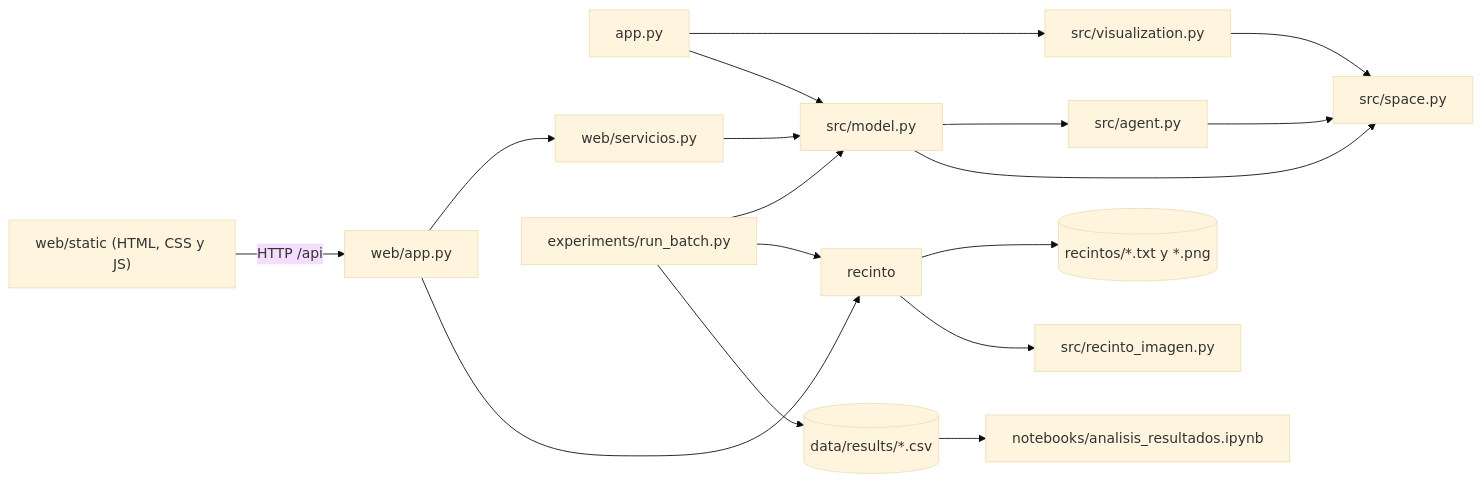
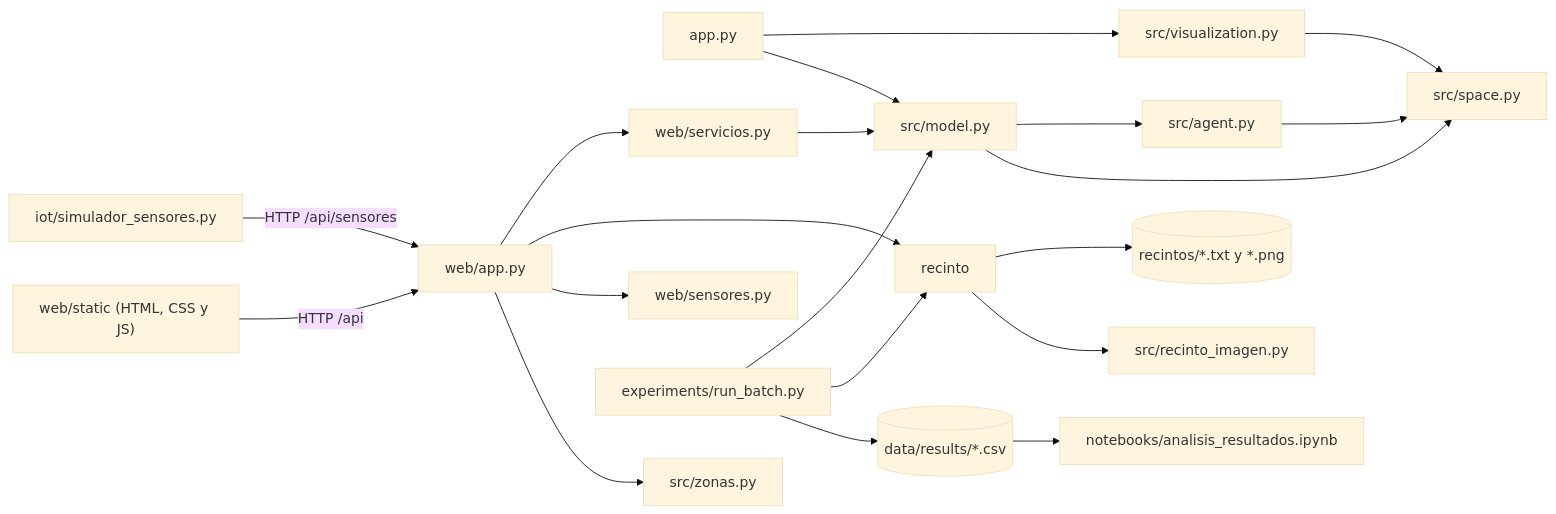
Before and after one commit to moragentil/aglomera: the first of 4 diagrams in docs/arquitectura.md, drawn with Mermaid (base theme). The commit also changed other lines of this file and 4 other files, not shown here.

````diff
--- a/docs/arquitectura.md
+++ b/docs/arquitectura.md
@@ -9,19 +9,22 @@
 ```mermaid
 flowchart LR
     app["app.py"] --> viz["src/visualization.py"]
     app --> model["src/model.py"]
     model --> agent["src/agent.py"]
     model --> space["src/space.py"]
     agent --> space
     viz --> space
     web["web/app.py"] --> servicios["web/servicios.py"]
     web --> recinto
+    web --> sensores["web/sensores.py"]
+    web --> zonas["src/zonas.py"]
+    gateway["iot/simulador_sensores.py"] -- "HTTP /api/sensores" --> web
     servicios --> model
     pantalla["web/static (HTML, CSS y JS)"] -- "HTTP /api" --> web
     batch["experiments/run_batch.py"] --> model
     batch --> recinto
     recinto --> planos[("recintos/*.txt y *.png")]
     recinto --> rimg["src/recinto_imagen.py"]
     batch --> csv[("data/results/*.csv")]
     csv --> nb["notebooks/analisis_resultados.ipynb"]
 ```
````
